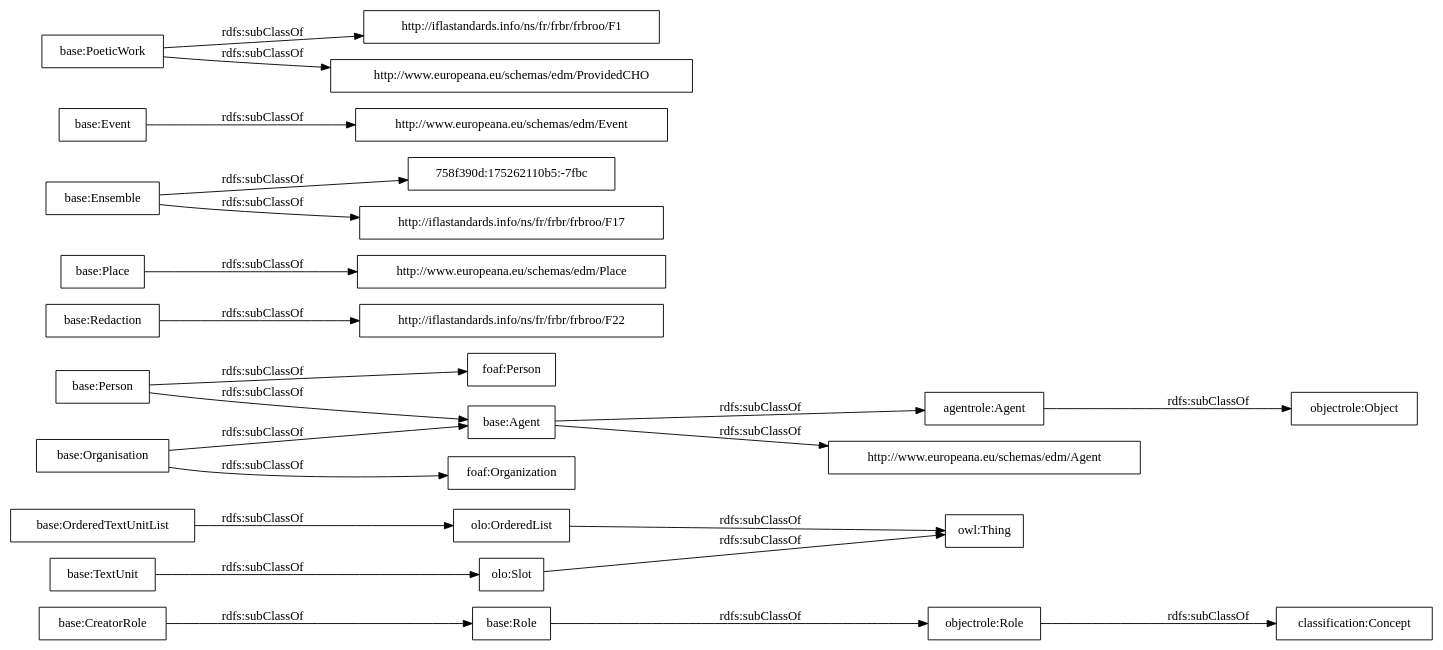
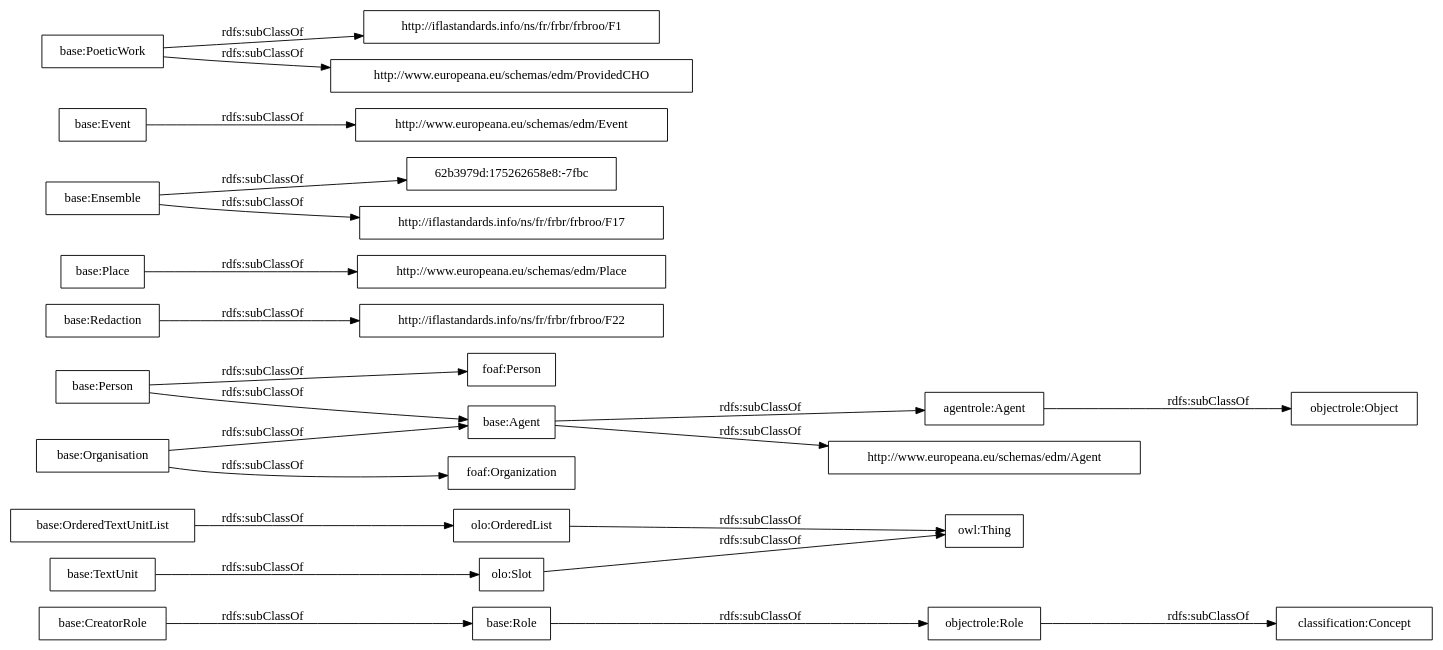
One commit to OnToologyUser/core-ontology-1 changed the diagram in OnToology/postdata-core.owl/diagrams/ar2dtool-taxonomy/postdata-core.owl.png.dot. Above: the diagram before and after it, drawn with Graphviz. The commit also changed 14 other files, not shown here.

```diff
--- a/OnToology/postdata-core.owl/diagrams/ar2dtool-taxonomy/postdata-core.owl.png.dot
+++ b/OnToology/postdata-core.owl/diagrams/ar2dtool-taxonomy/postdata-core.owl.png.dot
@@ -1,27 +1,27 @@
 digraph ar2dtool_diagram { 
 rankdir=LR;
 size="1000"
-node [shape = rectangle, color="black"]; "base:Role" "base:OrderedTextUnitList" "agentrole:Agent" "http://iflastandards.info/ns/fr/frbr/frbroo/F22" "http://www.europeana.eu/schemas/edm/Agent" "base:Agent" "base:CreatorRole" "base:Person" "base:Organisation" "http://www.europeana.eu/schemas/edm/Place" "base:Redaction" "base:Ensemble" "foaf:Person" "http://www.europeana.eu/schemas/edm/Event" "base:TextUnit" "http://iflastandards.info/ns/fr/frbr/frbroo/F1" "foaf:Organization" "http://www.europeana.eu/schemas/edm/ProvidedCHO" "base:Place" "base:Event" "758f390d:175262110b5:-7fbc" "base:PoeticWork" "http://iflastandards.info/ns/fr/frbr/frbroo/F17" "owl:Thing" "objectrole:Role" "objectrole:Object" "olo:Slot" "olo:OrderedList" "classification:Concept" ; /*classes style*/
+node [shape = rectangle, color="black"]; "base:Role" "base:OrderedTextUnitList" "agentrole:Agent" "http://iflastandards.info/ns/fr/frbr/frbroo/F22" "http://www.europeana.eu/schemas/edm/Agent" "base:Agent" "base:CreatorRole" "base:Person" "base:Organisation" "http://www.europeana.eu/schemas/edm/Place" "base:Redaction" "base:Ensemble" "foaf:Person" "http://www.europeana.eu/schemas/edm/Event" "62b3979d:175262658e8:-7fbc" "base:TextUnit" "http://iflastandards.info/ns/fr/frbr/frbroo/F1" "foaf:Organization" "http://www.europeana.eu/schemas/edm/ProvidedCHO" "base:Place" "base:Event" "base:PoeticWork" "http://iflastandards.info/ns/fr/frbr/frbroo/F17" "owl:Thing" "objectrole:Role" "objectrole:Object" "olo:Slot" "olo:OrderedList" "classification:Concept" ; /*classes style*/
 	"base:Redaction" -> "http://iflastandards.info/ns/fr/frbr/frbroo/F22" [ label = "rdfs:subClassOf" ];
 	"base:Role" -> "objectrole:Role" [ label = "rdfs:subClassOf" ];
 	"base:Event" -> "http://www.europeana.eu/schemas/edm/Event" [ label = "rdfs:subClassOf" ];
 	"base:Person" -> "foaf:Person" [ label = "rdfs:subClassOf" ];
 	"base:Person" -> "base:Agent" [ label = "rdfs:subClassOf" ];
 	"olo:OrderedList" -> "owl:Thing" [ label = "rdfs:subClassOf" ];
 	"olo:Slot" -> "owl:Thing" [ label = "rdfs:subClassOf" ];
 	"base:PoeticWork" -> "http://www.europeana.eu/schemas/edm/ProvidedCHO" [ label = "rdfs:subClassOf" ];
 	"base:PoeticWork" -> "http://iflastandards.info/ns/fr/frbr/frbroo/F1" [ label = "rdfs:subClassOf" ];
 	"base:TextUnit" -> "olo:Slot" [ label = "rdfs:subClassOf" ];
 	"agentrole:Agent" -> "objectrole:Object" [ label = "rdfs:subClassOf" ];
-	"base:Ensemble" -> "758f390d:175262110b5:-7fbc" [ label = "rdfs:subClassOf" ];
+	"base:Ensemble" -> "62b3979d:175262658e8:-7fbc" [ label = "rdfs:subClassOf" ];
 	"base:Ensemble" -> "http://iflastandards.info/ns/fr/frbr/frbroo/F17" [ label = "rdfs:subClassOf" ];
 	"base:OrderedTextUnitList" -> "olo:OrderedList" [ label = "rdfs:subClassOf" ];
 	"base:Agent" -> "agentrole:Agent" [ label = "rdfs:subClassOf" ];
 	"base:Agent" -> "http://www.europeana.eu/schemas/edm/Agent" [ label = "rdfs:subClassOf" ];
 	"objectrole:Role" -> "classification:Concept" [ label = "rdfs:subClassOf" ];
 	"base:Place" -> "http://www.europeana.eu/schemas/edm/Place" [ label = "rdfs:subClassOf" ];
 	"base:Organisation" -> "foaf:Organization" [ label = "rdfs:subClassOf" ];
 	"base:Organisation" -> "base:Agent" [ label = "rdfs:subClassOf" ];
 	"base:CreatorRole" -> "base:Role" [ label = "rdfs:subClassOf" ];
 
 }
```
